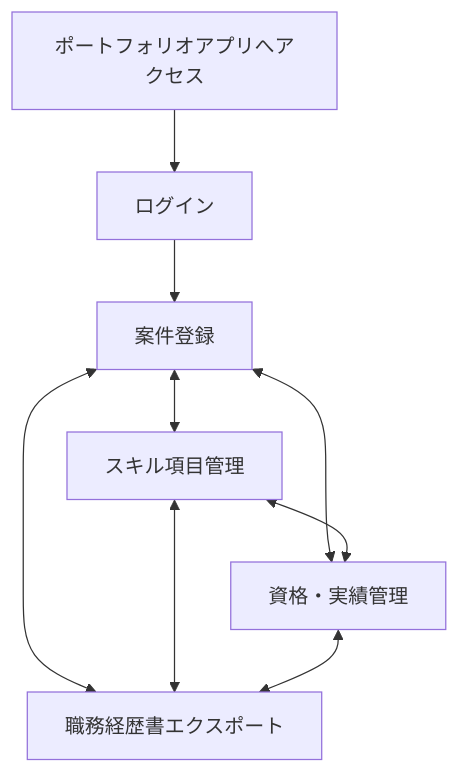
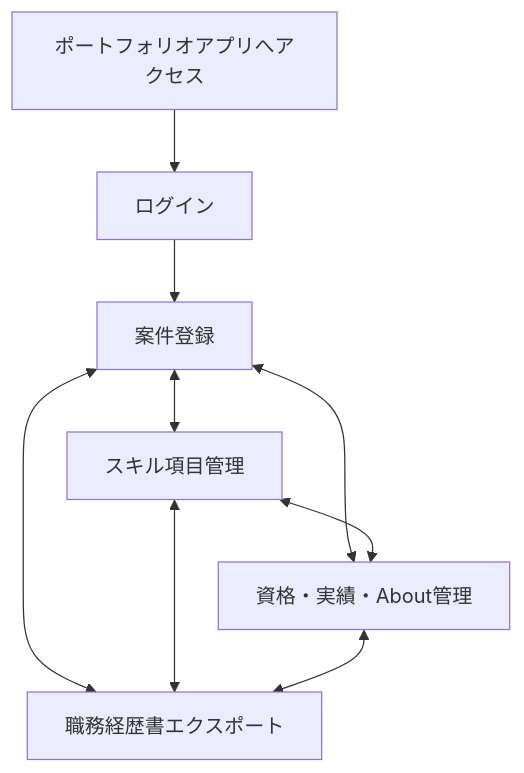
One commit to Seiya-Nakagawa/Portfolio changed the third of 4 diagrams in docs/02.design/DESIGN.md. Above: the diagram before and after it, drawn with Mermaid. The commit also changed other lines of this file and 2 other files, not shown here.

````diff
--- a/docs/02.design/DESIGN.md
+++ b/docs/02.design/DESIGN.md
@@ -283,11 +300,11 @@
 ```mermaid
 flowchart TD
     Start["ポートフォリオアプリへアクセス"] --> Login["ログイン"]
     Login --> Project["案件登録"]
     Project <--> Skill["スキル項目管理"]
-    Project <--> CertWork["資格・実績管理"]
+    Project <--> CertWork["資格・実績・About管理"]
     Project <--> Output["職務経歴書エクスポート"]
     Skill <--> CertWork
     Skill <--> Output
     CertWork <--> Output
 ```
````
